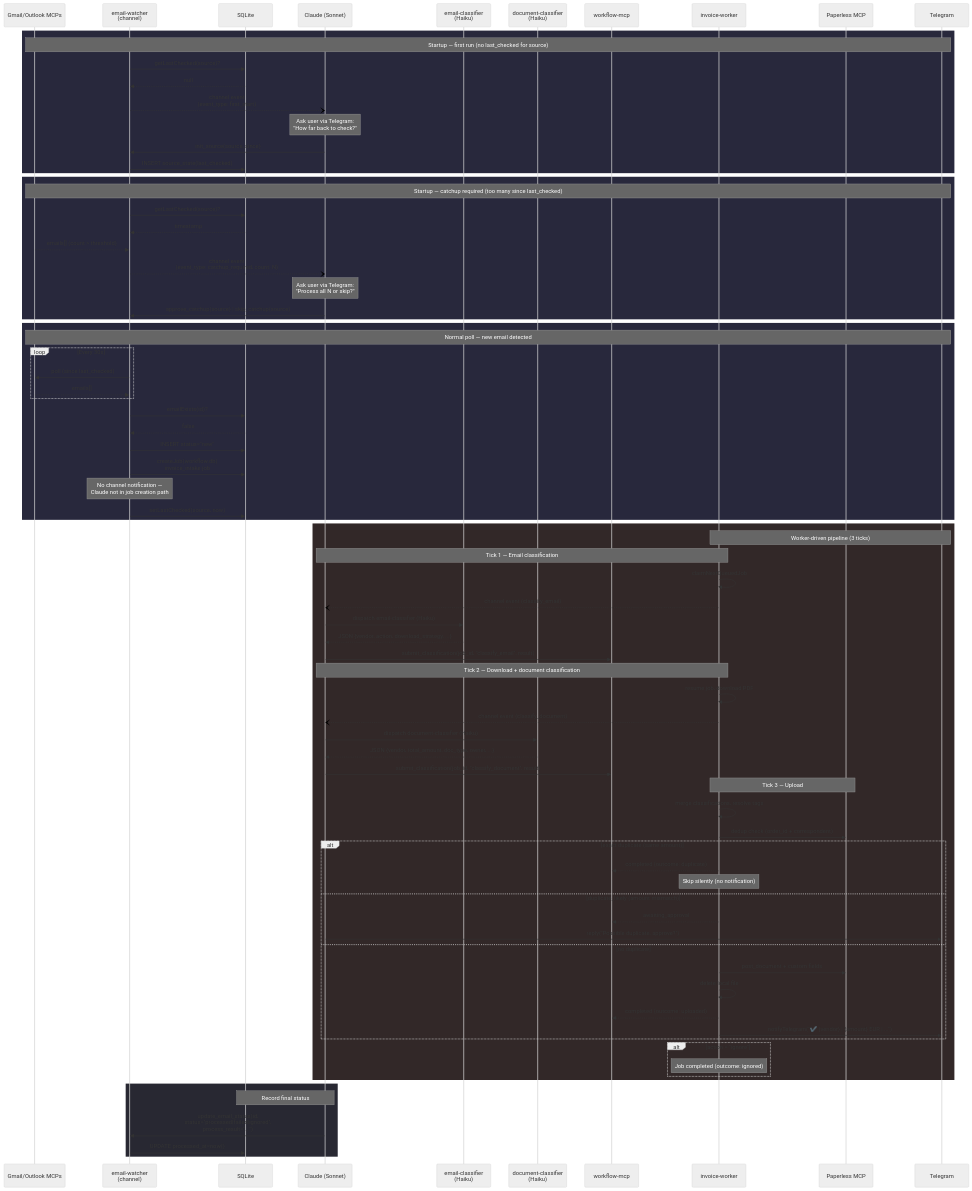
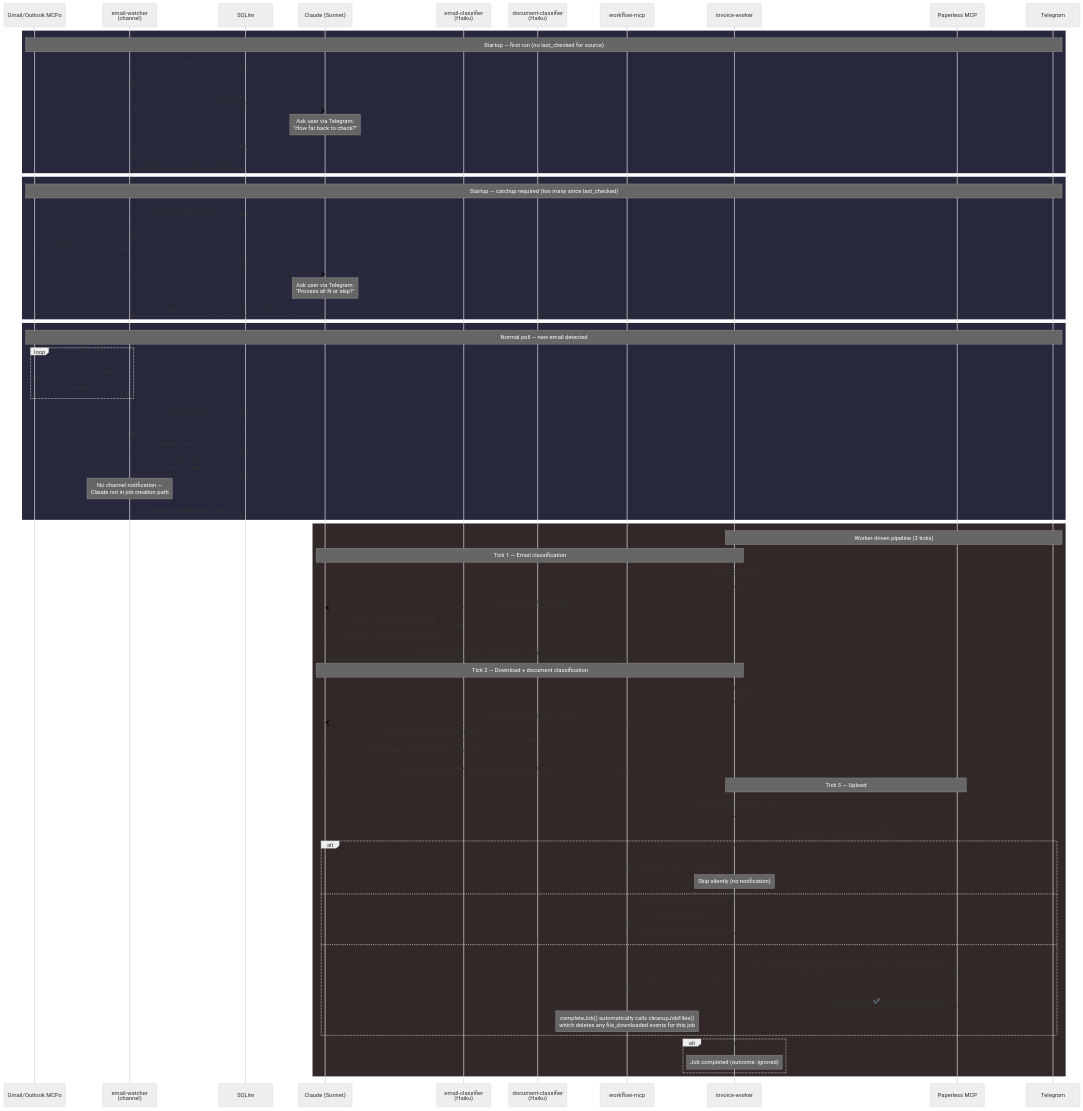
One commit to mcsdodo/personal-assistant changed the second of 7 diagrams in docs/uc1-invoice-processing.md. Above: the diagram before and after it, drawn with Mermaid (neutral theme). The commit also changed other lines of this file and 2 other files, not shown here.

````diff
--- a/docs/uc1-invoice-processing.md
+++ b/docs/uc1-invoice-processing.md
@@ -107,20 +107,14 @@
         IW-->>WF: awaiting_approval
         C->>TG: reply("Possible duplicate, approve?")
     else no duplicate
-        IW->>P: post_document + custom fields
-        IW->>IW: delete local file
+        IW->>P: POST /api/documents/post_document/ (direct HTTP) + custom fields PATCH
         IW-->>WF: completed (outcome: uploaded)
         IW->>TG: notifyTelegram("✔️ {vendor} | {amount} EUR | ...")
+        note over WF: completeJob() automatically calls cleanupJobFiles()<br/>which deletes any file_downloaded events for this job
     end
 
     alt action = "ignore"
         note over IW: Job completed (outcome: ignored)
     end
     end
-
-    rect rgb(40, 40, 50)
-    note over C,DB: Record final status
-    C->>EW: update_email_status(id,<br/>status="processed|failed|ignored",<br/>process_result="...")
-    EW->>DB: UPDATE processed_at=now()
-    end
 ```
````
